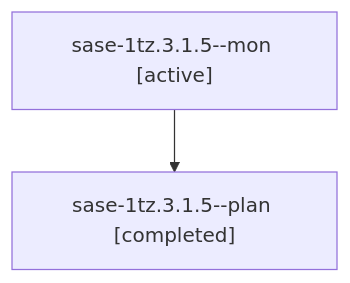
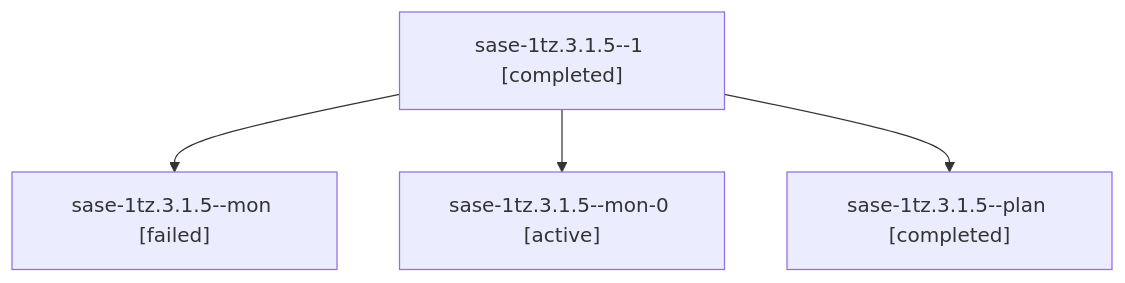
The diagram in sessions/bbugyi200.athena.sase-1tz.3.1.5.md (sase-org/sase--agents), drawn with Mermaid before and after one commit. The commit also changed other lines of this file and 100 other files, not shown here.

````diff
--- a/sessions/bbugyi200.athena.sase-1tz.3.1.5.md
+++ b/sessions/bbugyi200.athena.sase-1tz.3.1.5.md
@@ -9,6 +9,10 @@
 ```mermaid
 flowchart TD
-  n0["sase-1tz.3.1.5--mon [active]"]
-  n1["sase-1tz.3.1.5--plan [completed]"]
+  n0["sase-1tz.3.1.5--1 [completed]"]
+  n1["sase-1tz.3.1.5--mon [failed]"]
   n0 --> n1
+  n2["sase-1tz.3.1.5--mon-0 [active]"]
+  n0 --> n2
+  n3["sase-1tz.3.1.5--plan [completed]"]
+  n0 --> n3
 ```
````
